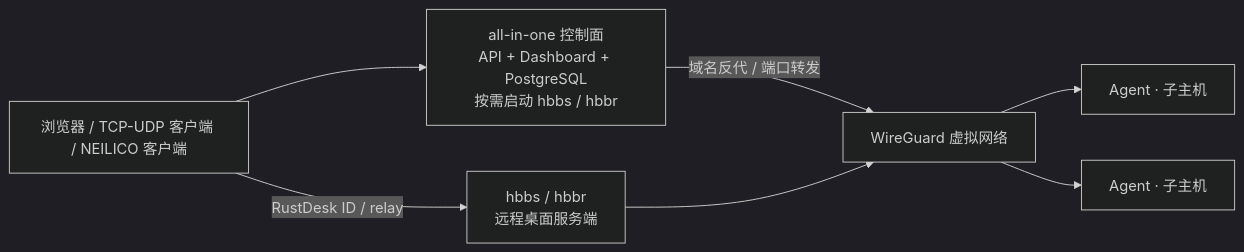
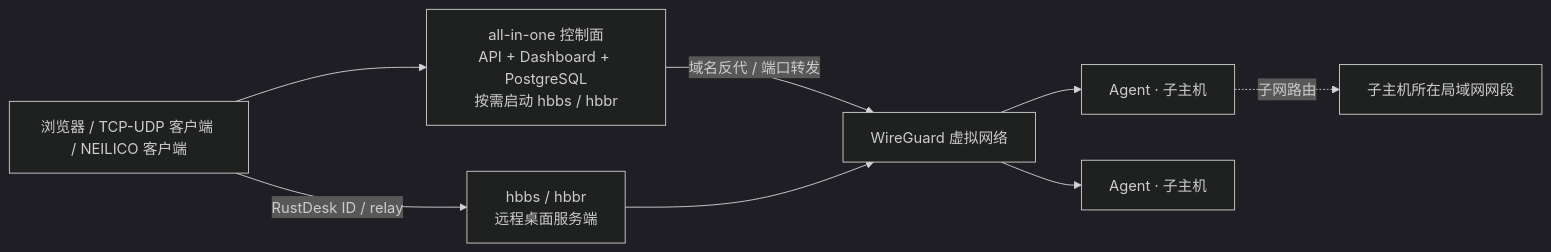
One commit to aceneil/neilico changed the diagram in README.zh-CN.md. Above: the diagram before and after it, drawn with Mermaid (dark theme). The commit also changed other lines of this file and 1 other file, not shown here.

````diff
--- a/README.zh-CN.md
+++ b/README.zh-CN.md
@@ -11,9 +36,10 @@
 ```mermaid
 flowchart LR
   U[浏览器 / TCP-UDP 客户端 / NEILICO 客户端] --> C[all-in-one 控制面<br/>API + Dashboard + PostgreSQL<br/>按需启动 hbbs / hbbr]
   C -->|域名反代 / 端口转发| W[WireGuard 虚拟网络]
   W --> A1[Agent · 子主机]
   W --> A2[Agent · 子主机]
+  A1 -.子网路由.-> L1[子主机所在局域网网段]
   U -->|RustDesk ID / relay| R[hbbs / hbbr<br/>远程桌面服务端]
   R --> W
 ```
````
